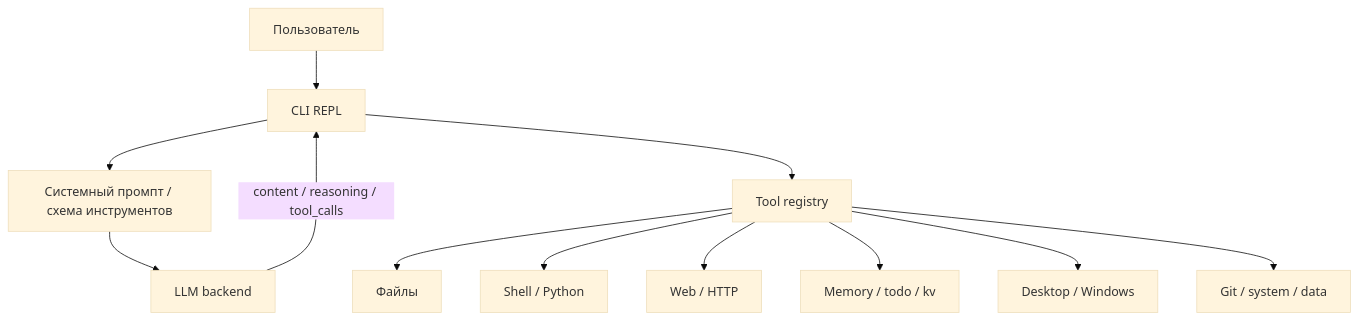
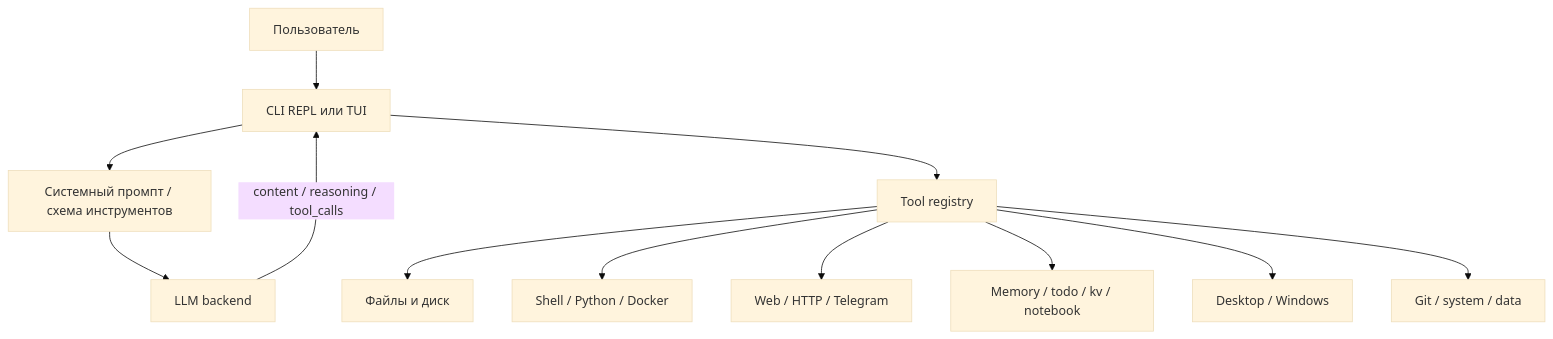
Before and after one commit to Ghost-White-Guy/Universal-LLM-Agent: the first of 2 diagrams in README.md, drawn with Mermaid (base theme). The commit also changed other lines of this file, not shown here.

````diff
--- a/README.md
+++ b/README.md
@@ -90,14 +120,14 @@
 ```mermaid
 flowchart TD
-    U[Пользователь] --> R[CLI REPL]
+    U[Пользователь] --> R[CLI REPL или TUI]
     R --> P[Системный промпт / схема инструментов]
     P --> L[LLM backend]
     L -->|content / reasoning / tool_calls| R
     R --> T[Tool registry]
-    T --> F[Файлы]
-    T --> S[Shell / Python]
-    T --> W[Web / HTTP]
-    T --> M[Memory / todo / kv]
+    T --> F[Файлы и диск]
+    T --> S[Shell / Python / Docker]
+    T --> W[Web / HTTP / Telegram]
+    T --> M[Memory / todo / kv / notebook]
     T --> D[Desktop / Windows]
     T --> G[Git / system / data]
 ```
````
